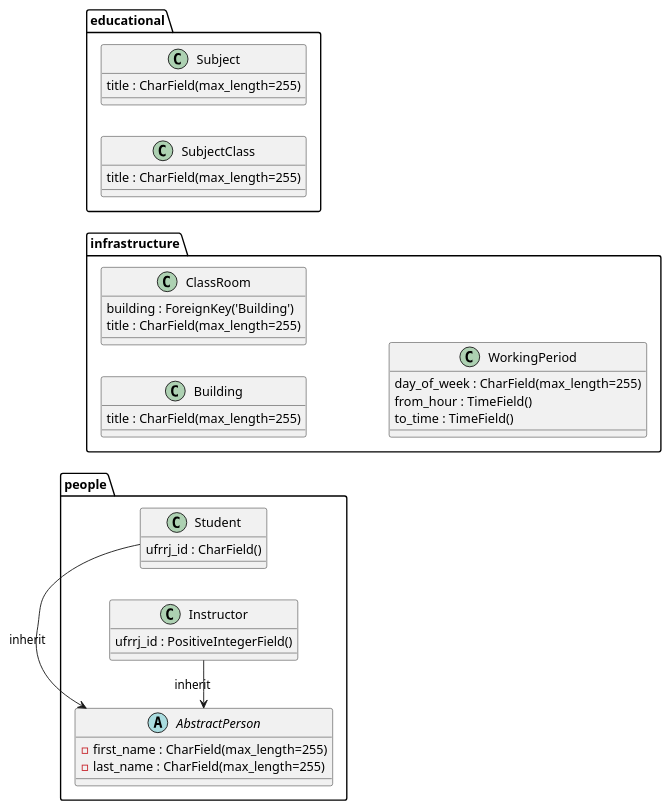
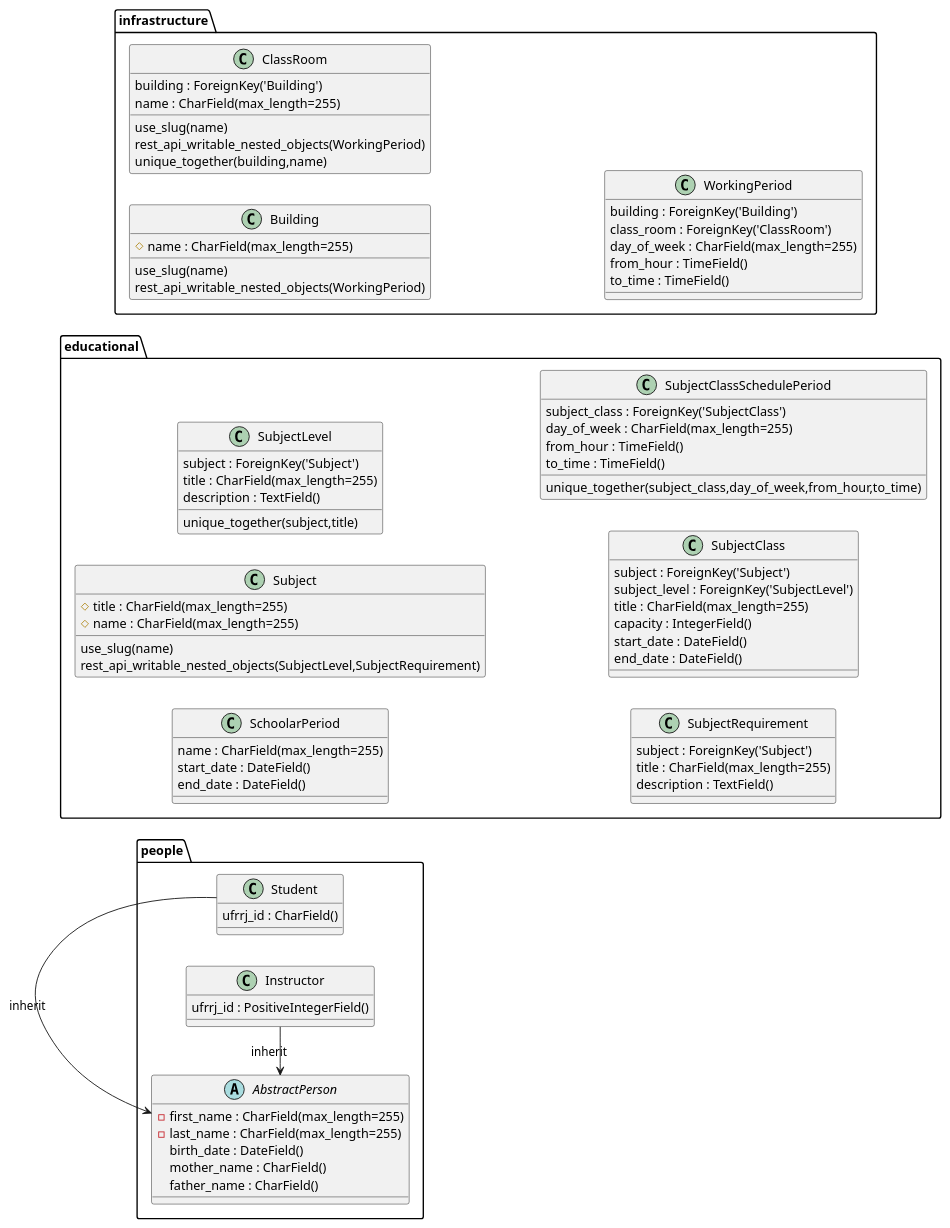
Before and after one commit to JV-Cunha/uml2django: the diagram in examples/school_management_project.puml, drawn with PlantUML. The commit also changed 4 other files, not shown here.

```diff
--- a/examples/school_management_project.puml
+++ b/examples/school_management_project.puml
@@ -1,41 +1,82 @@
 @startuml
 left to right direction
 package people {
     abstract class AbstractPerson {
         {field} -first_name : CharField(max_length=255)
         {field} -last_name : CharField(max_length=255)
+        {field} birth_date : DateField()
+        {field} mother_name : CharField()
+        {field} father_name : CharField()
     }
 
     class Student {
         {field} ufrrj_id : CharField()
     }
     AbstractPerson <- Student : inherit
 
     class Instructor {
         {field} ufrrj_id : PositiveIntegerField()
     }
     AbstractPerson <- Instructor : inherit
 }
 package educational {
+    class SchoolarPeriod {
+        {field} name : CharField(max_length=255)
+        {field} start_date : DateField()
+        {field} end_date : DateField()
+    }
     class Subject {
+        use_slug(name)
+        rest_api_writable_nested_objects(SubjectLevel,SubjectRequirement)
+        {field} #title : CharField(max_length=255)
+        {field} #name : CharField(max_length=255)
+    }
+    class SubjectLevel {
+        {field} subject : ForeignKey('Subject')
         {field} title : CharField(max_length=255)
+        {field} description : TextField()
+        unique_together(subject,title)
+    }
+    class SubjectRequirement {
+        {field} subject : ForeignKey('Subject')
+        {field} title : CharField(max_length=255)
+        {field} description : TextField()
     }
     class SubjectClass {
+        {field} subject : ForeignKey('Subject')
+        {field} subject_level : ForeignKey('SubjectLevel')
         {field} title : CharField(max_length=255)
+        {field} capacity : IntegerField()
+        {field} start_date : DateField()
+        {field} end_date : DateField()
+    }
+    class SubjectClassSchedulePeriod {
+        {field} subject_class : ForeignKey('SubjectClass')
+        {field} day_of_week : CharField(max_length=255)
+        {field} from_hour : TimeField()
+        {field} to_time : TimeField()
+        unique_together(subject_class,day_of_week,from_hour,to_time) 
     }
 }
 package infrastructure {
-    class Building {
-        {field} title : CharField(max_length=255)
+    class Building{
+        use_slug(name)
+        rest_api_writable_nested_objects(WorkingPeriod)
+        {field} #name : CharField(max_length=255)
     }
     class ClassRoom {
+        use_slug(name)
+        rest_api_writable_nested_objects(WorkingPeriod)
         {field} building : ForeignKey('Building')
-        {field} title : CharField(max_length=255)
+        {field} name : CharField(max_length=255)
+        unique_together(building,name) 
     }
-    class WorkingPeriod {
+    class WorkingPeriod  {
+        {field} building : ForeignKey('Building')
+        {field} class_room : ForeignKey('ClassRoom')
         {field} day_of_week : CharField(max_length=255)
         {field} from_hour : TimeField()
         {field} to_time : TimeField()
     }
 }
 @enduml
```
